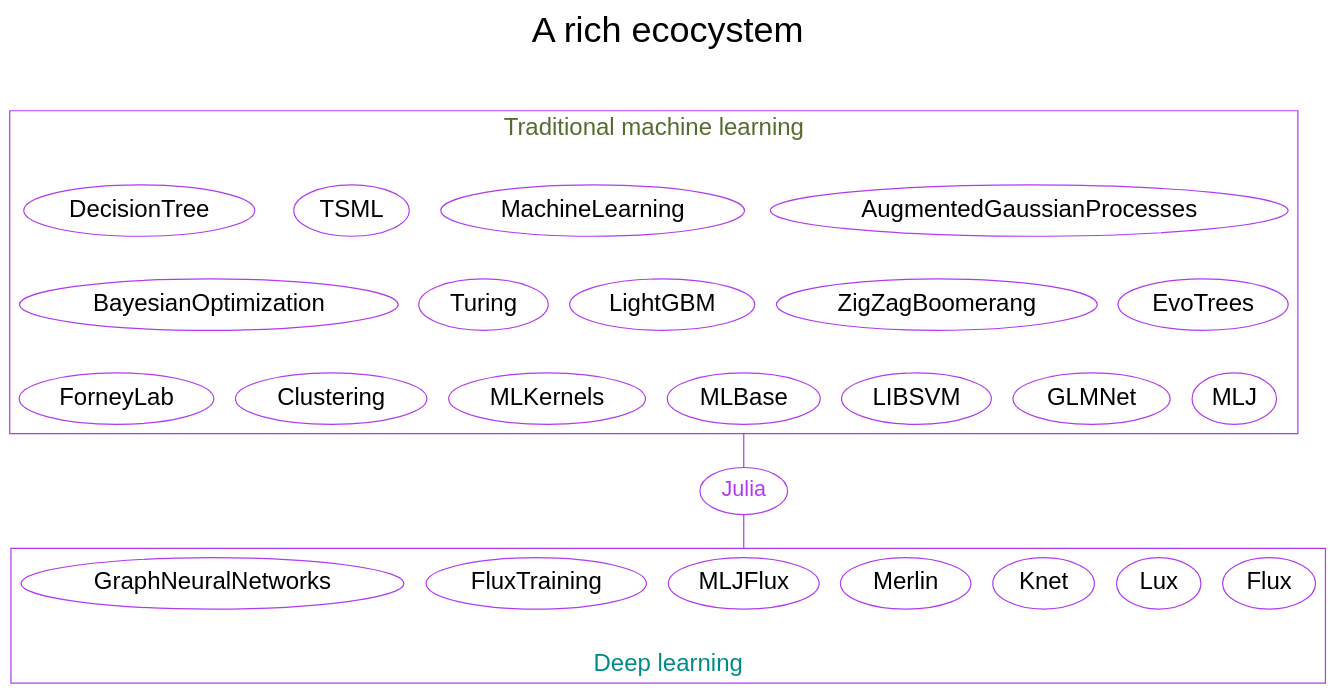
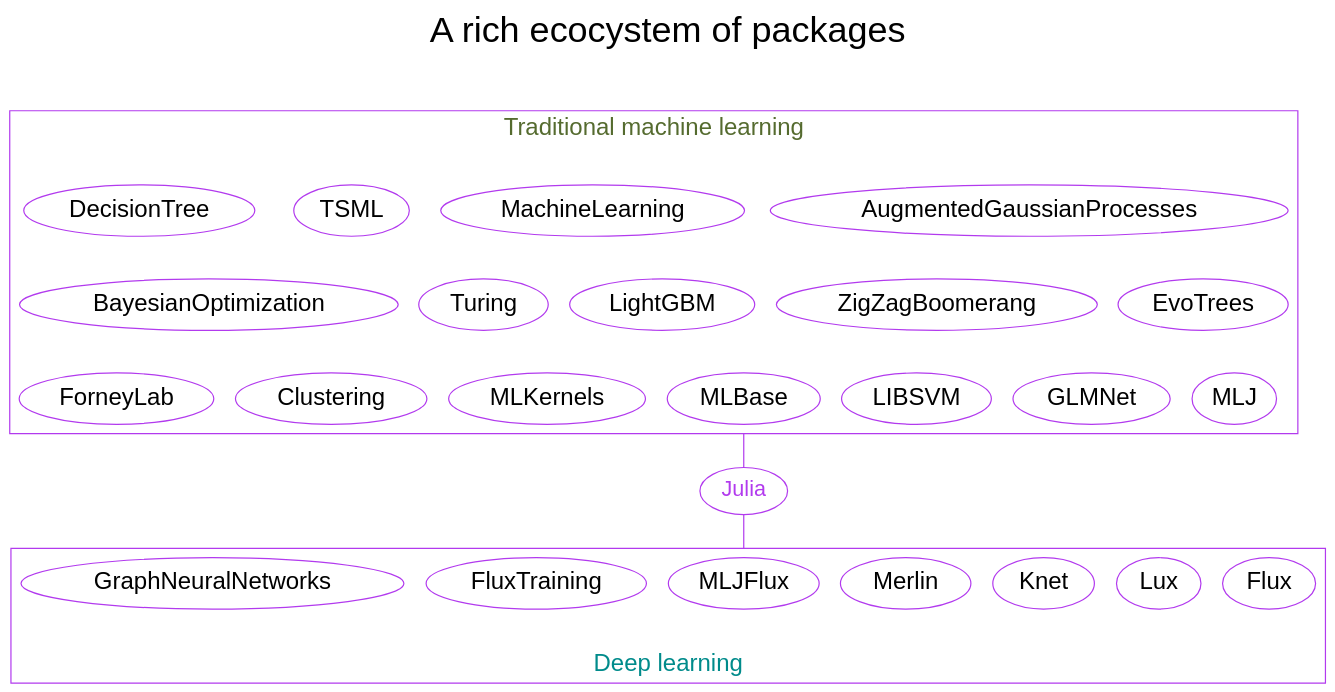
One commit to WestDRI/arc-training changed the tenth of 23 diagrams in ml/frameworks_slides.qmd. Above: the diagram before and after it, drawn with Graphviz. The commit also changed other lines of this file, not shown here.

````diff
--- a/ml/frameworks_slides.qmd
+++ b/ml/frameworks_slides.qmd
@@ -340,55 +480,55 @@
 ```{dot}
 //| echo: false
 
 strict graph {
 
-  label="A rich ecocystem\n\n"
+  label="A rich ecocystem of packages\n\n"
   labelloc=t
   fontsize=30
 
   bgcolor="transparent"
   graph [fontname="Inconsolata, sans-serif"]
   node [fontname="Inconsolata, sans-serif", color=darkorchid2]
   compound=true
 
   subgraph cluster_ml {
 	label="Traditional machine learning\n\n"
 	color=darkorchid2
 	fontcolor=darkolivegreen
 	fontsize=20
 	edge [style=invis]
 	node [fontsize=20]
 	{rank=same; AugmentedGaussianProcesses MachineLearning TSML DecisionTree}
 	{rank=same; EvoTrees ZigZagBoomerang LightGBM Turing BayesianOptimization}
 	{rank=same; MLJ GLMNet LIBSVM MLBase MLKernels Clustering ForneyLab}
 	AugmentedGaussianProcesses -- EvoTrees -- MLJ
   }
 
   subgraph cluster_dl {	
 	label="\nDeep learning"
 	color=darkorchid2
 	fontcolor=darkcyan
 	fontsize=20
 	labelloc=b
 	node [fontsize=20]
 	Flux Lux Knet Merlin MLJFlux FluxTraining GraphNeuralNetworks
   }
 
   Flux [URL="https://github.com/FluxML/Flux.jl"]
   Lux [URL="https://github.com/LuxDL/"]
   Knet [URL="https://github.com/denizyuret/Knet.jl"]
   Merlin [URL=""]
   MLJFlux [URL=""]
   FluxTraining [URL=""]
   GraphNeuralNetworks [URL=""]
   MLJ [URL="https://github.com/alan-turing-institute/MLJ.jl"]
   Turing [URL="https://github.com/TuringLang/Turing.jl"]
 
   Julia [fontsize=18]
   Julia [fontcolor=darkorchid2, URL="https://julialang.org/"]
 
   MLBase -- Julia [ltail=cluster_ml, color=darkorchid2]
   Julia -- MLJFlux [lhead=cluster_dl, color=darkorchid2]
 
 }
 ```
````
